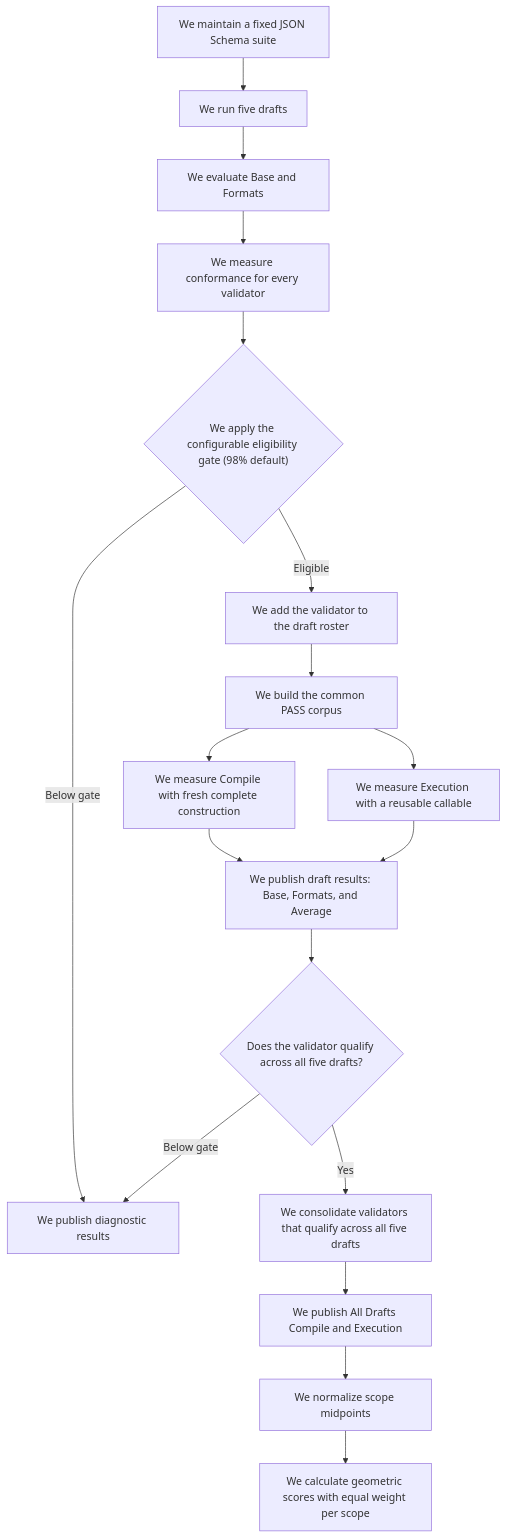
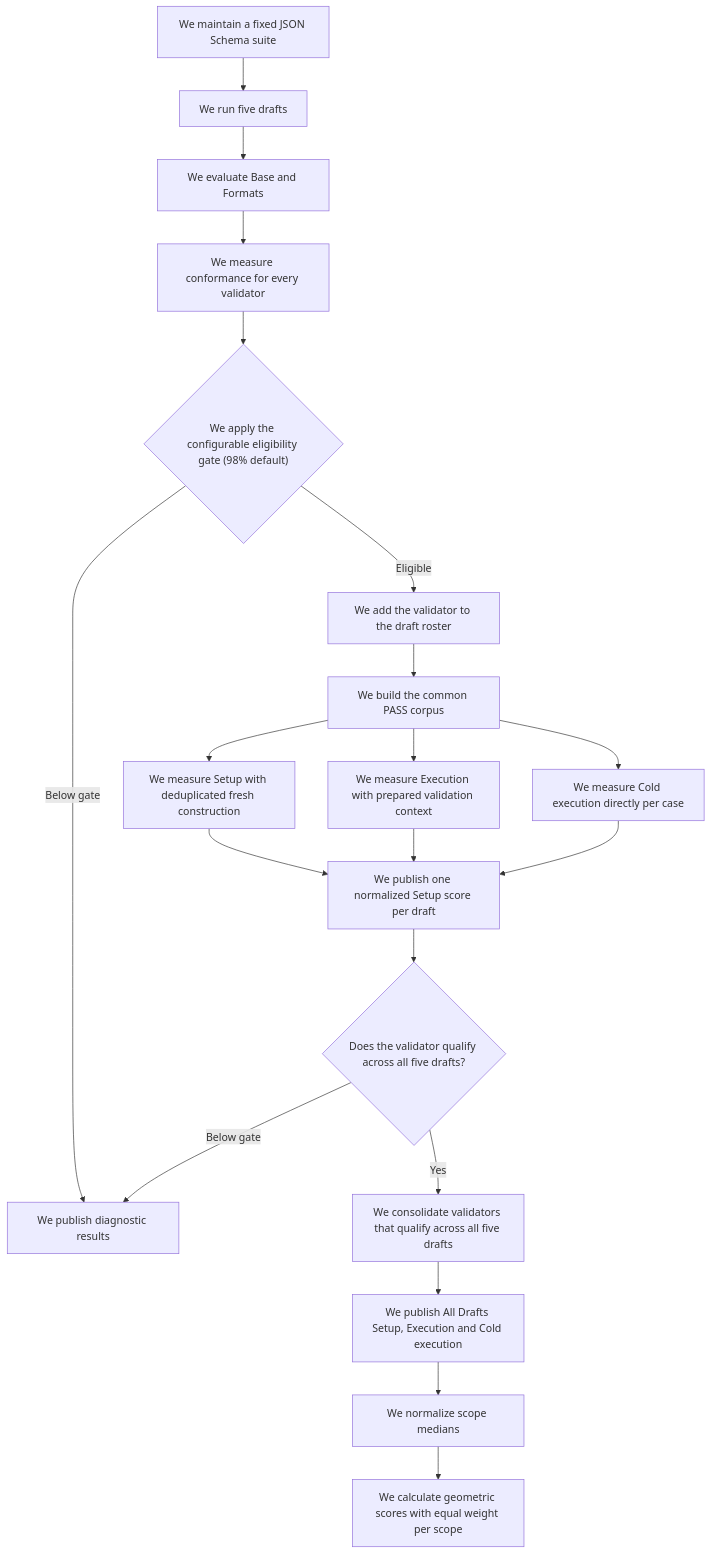
Before and after one commit to Masquerade-Circus/json-schema-validator-bench: the eighth of 8 diagrams in README.md, drawn with Mermaid. The commit also changed other lines of this file and 428 other files, not shown here.

````diff
--- a/README.md
+++ b/README.md
@@ -278,20 +351,22 @@
 ```mermaid
 flowchart TD
     A["We maintain a fixed JSON Schema suite"] --> B["We run five drafts"]
     B --> C["We evaluate Base and Formats"]
     C --> D["We measure conformance for every validator"]
     D --> E{"We apply the configurable eligibility gate (98% default)"}
     E -->|Eligible| F["We add the validator to the draft roster"]
     E -->|Below gate| G["We publish diagnostic results"]
     F --> H["We build the common PASS corpus"]
-    H --> I["We measure Compile with fresh complete construction"]
-    H --> J["We measure Execution with a reusable callable"]
-    I --> K["We publish draft results: Base, Formats, and Average"]
+    H --> I["We measure Setup with deduplicated fresh construction"]
+    H --> J["We measure Execution with prepared validation context"]
+    H --> Q["We measure Cold execution directly per case"]
+    I --> K["We publish one normalized Setup score per draft"]
     J --> K
+    Q --> K
     K --> L{"Does the validator qualify across all five drafts?"}
     L -->|Below gate| G
     L -->|Yes| M["We consolidate validators that qualify across all five drafts"]
-    M --> N["We publish All Drafts Compile and Execution"]
-    N --> O["We normalize scope midpoints"]
+    M --> N["We publish All Drafts Setup, Execution and Cold execution"]
+    N --> O["We normalize scope medians"]
     O --> P["We calculate geometric scores with equal weight per scope"]
 ```
````
